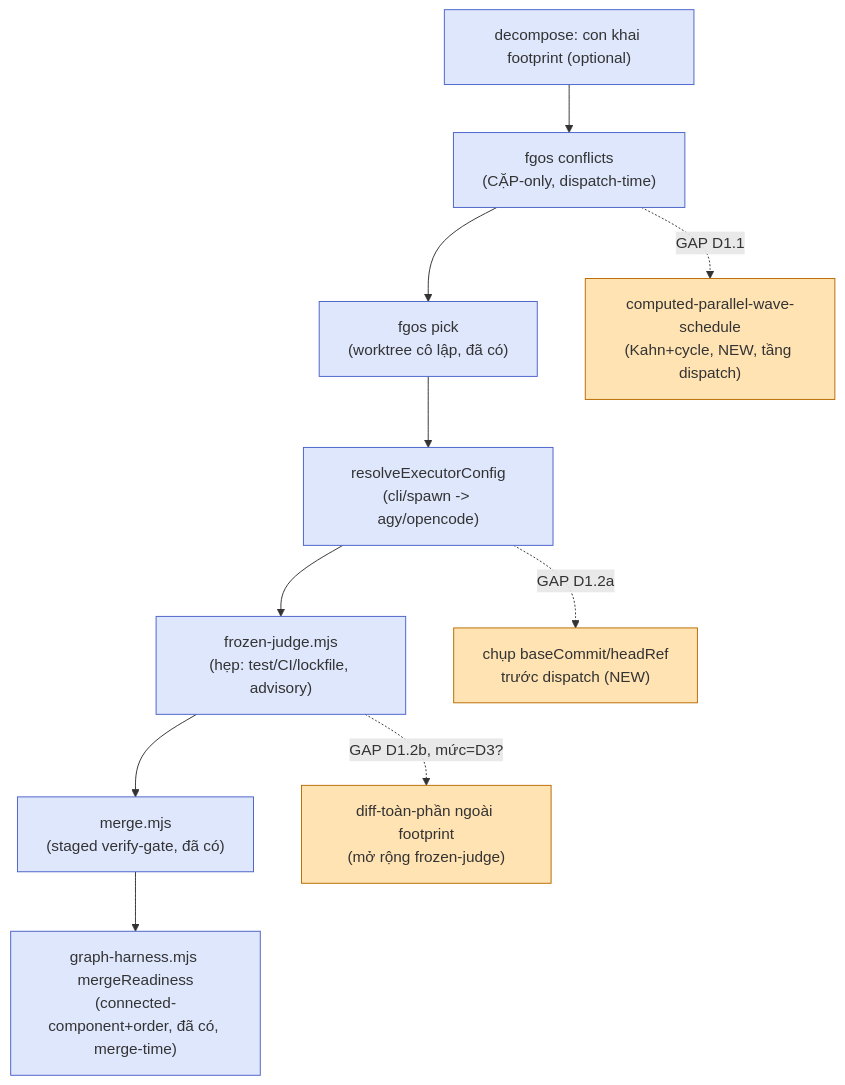
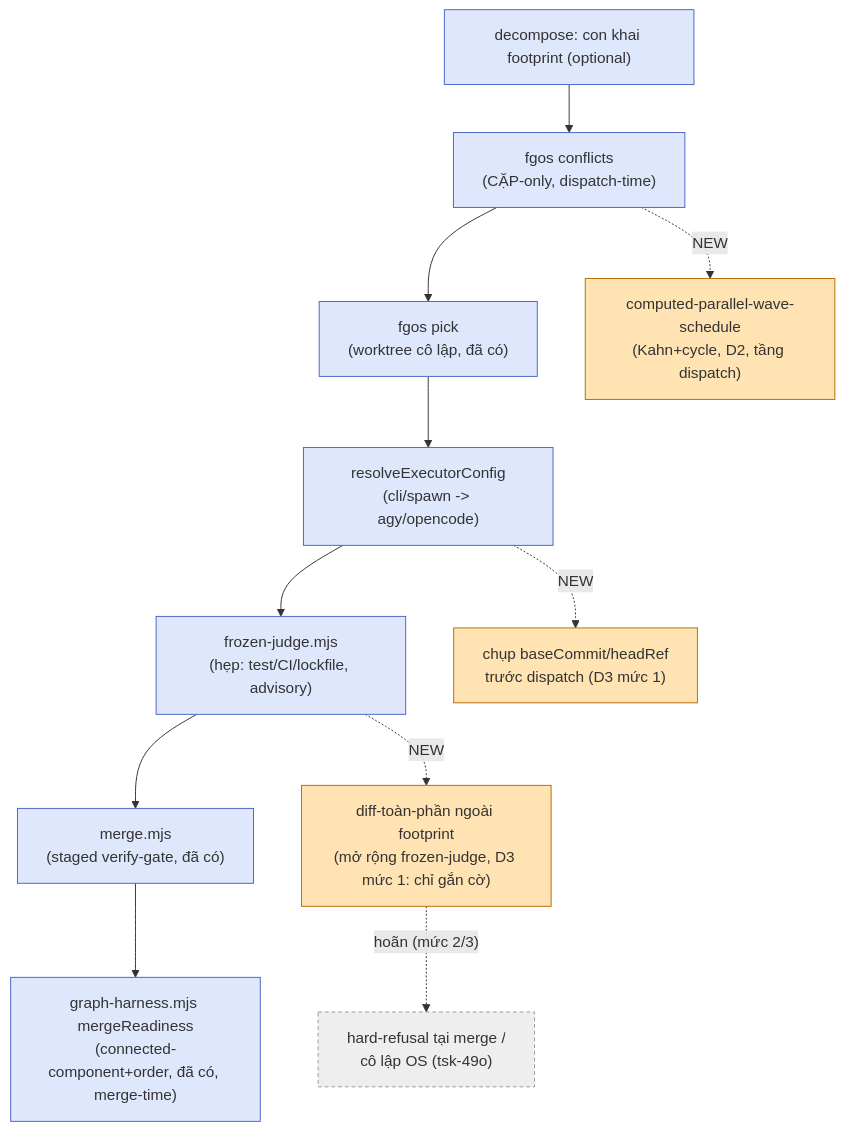
One commit to vantt/forgent changed the diagram in docs/history/parallel-decomposition-footprint-avoidance/DISCUSSION.md. Above: the diagram before and after it, drawn with Mermaid. The commit also changed other lines of this file, not shown here.

First line of the commit message:
docs(tsk-66o): lock D3 (advisory-only) — discussion converged

````diff
--- a/docs/history/parallel-decomposition-footprint-avoidance/DISCUSSION.md
+++ b/docs/history/parallel-decomposition-footprint-avoidance/DISCUSSION.md
@@ -129,17 +139,20 @@
 ```mermaid
 flowchart TD
     A["decompose: con khai footprint (optional)"] --> B["fgos conflicts\n(CẶP-only, dispatch-time)"]
     B --> C["fgos pick\n(worktree cô lập, đã có)"]
     C --> D["resolveExecutorConfig\n(cli/spawn -> agy/opencode)"]
     D --> E["frozen-judge.mjs\n(hẹp: test/CI/lockfile, advisory)"]
     E --> F["merge.mjs\n(staged verify-gate, đã có)"]
-    B -.->|"GAP D1.1"| G["computed-parallel-wave-schedule\n(Kahn+cycle, NEW, tầng dispatch)"]
-    D -.->|"GAP D1.2a"| H["chụp baseCommit/headRef\ntrước dispatch (NEW)"]
-    E -.->|"GAP D1.2b, mức=D3?"| I["diff-toàn-phần ngoài footprint\n(mở rộng frozen-judge)"]
+    B -.->|"NEW"| G["computed-parallel-wave-schedule\n(Kahn+cycle, D2, tầng dispatch)"]
+    D -.->|"NEW"| H["chụp baseCommit/headRef\ntrước dispatch (D3 mức 1)"]
+    E -.->|"NEW"| I["diff-toàn-phần ngoài footprint\n(mở rộng frozen-judge, D3 mức 1: chỉ gắn cờ)"]
     F --> J["graph-harness.mjs mergeReadiness\n(connected-component+order, đã có, merge-time)"]
+    I -.->|"hoãn (mức 2/3)"| K["hard-refusal tại merge /\ncô lập OS (tsk-49o)"]
 
     classDef existing fill:#dfe7fd,stroke:#4a63c9;
     classDef gap fill:#ffe3b3,stroke:#b96c00;
+    classDef deferred fill:#eee,stroke:#999,stroke-dasharray: 4 3;
     class A,B,C,D,E,F,J existing;
     class G,H,I gap;
+    class K deferred;
 ```
````
